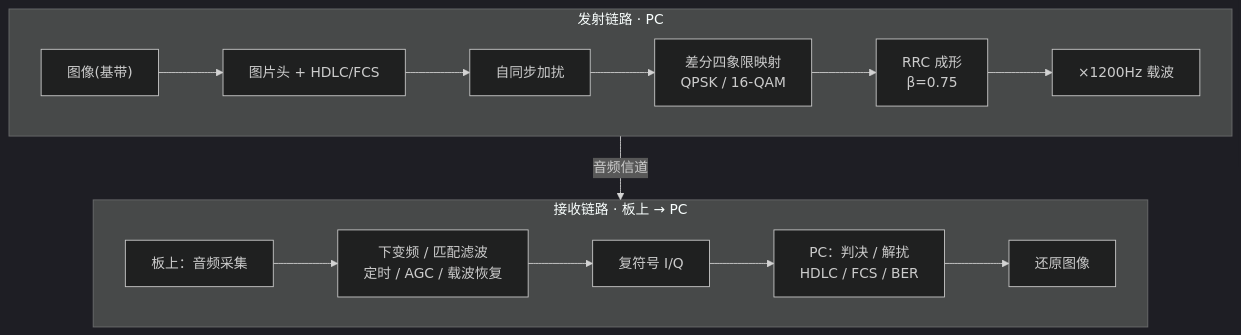
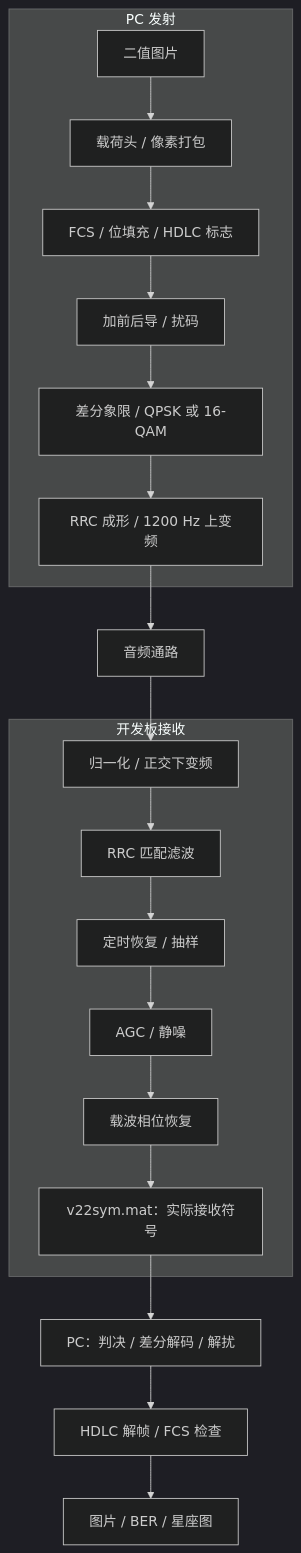
Before and after one commit to padhialuo0426/portable-acoustic-sdr: the diagram in documents/实验四_V22bis.md, drawn with Mermaid (dark theme). The commit also changed other lines of this file and 12 other files, not shown here.

````diff
--- a/documents/实验四_V22bis.md
+++ b/documents/实验四_V22bis.md
@@ -12,12 +15,19 @@
 ```mermaid
 flowchart TB
-    subgraph TX["发射链路 · PC"]
-        direction LR
-        img["图像(基带)"] --> frame["图片头 + HDLC/FCS"] --> scr["自同步加扰"] --> map["差分四象限映射<br/>QPSK / 16-QAM"] --> shape["RRC 成形<br/>β=0.75"] --> mod["×1200Hz 载波"]
+    subgraph TX["PC 发射"]
+        image["二值图片"] --> payload["载荷头 / 像素打包"]
+        payload --> hdlc["FCS / 位填充 / HDLC 标志"]
+        hdlc --> scramble["加前后导 / 扰码"]
+        scramble --> map["差分象限 / QPSK 或 16-QAM"]
+        map --> shape["RRC 成形 / 1200 Hz 上变频"]
     end
-    subgraph RX["接收链路 · 板上 → PC"]
-        direction LR
-        audio["板上：音频采集"] --> det["下变频 / 匹配滤波<br/>定时 / AGC / 载波恢复"] --> sym["复符号 I/Q"] --> dec["PC：判决 / 解扰<br/>HDLC / FCS / BER"] --> out["还原图像"]
+    shape --> channel["音频通路"]
+    subgraph RX["开发板接收"]
+        down["归一化 / 正交下变频"] --> rrc["RRC 匹配滤波"]
+        rrc --> timing["定时恢复 / 抽样"] --> agc["AGC / 静噪"]
+        agc --> carrier["载波相位恢复"] --> symbols["v22sym.mat：实际接收符号"]
     end
-    mod -->|"音频信道"| audio
+    channel --> down
+    symbols --> bits["PC：判决 / 差分解码 / 解扰"]
+    bits --> check["HDLC 解帧 / FCS 检查"] --> result["图片 / BER / 星座图"]
 ```
````
